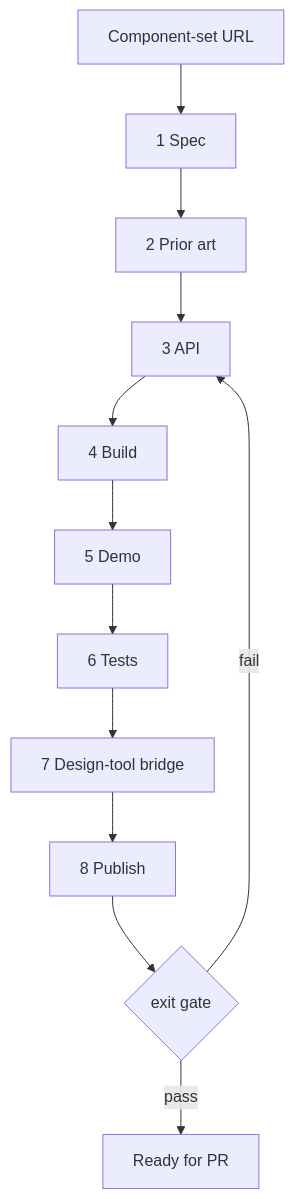
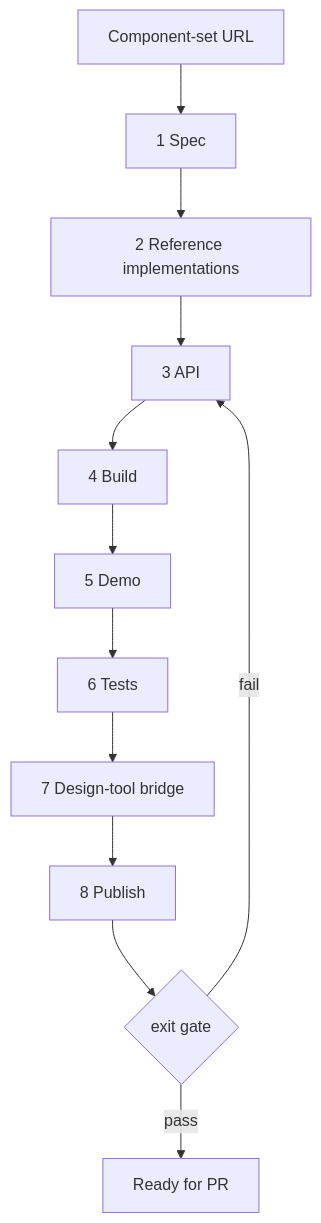
Before and after one commit to mckinsey/quantumblack-design-system: the diagram in .agents/skills/figma-to-react-code/SKILL.md, drawn with Mermaid. The commit also changed other lines of this file and 1 other file, not shown here.

First line of the commit message:
docs(skills): rename step 2 from prior art to reference implementations

````diff
--- a/.agents/skills/figma-to-react-code/SKILL.md
+++ b/.agents/skills/figma-to-react-code/SKILL.md
@@ -14,14 +14,14 @@
 ```mermaid
 flowchart TD
     A[Component-set URL] --> B[1 Spec]
-    B --> C[2 Prior art]
+    B --> C[2 Reference implementations]
     C --> D[3 API]
     D --> E[4 Build]
     E --> F[5 Demo]
     F --> G[6 Tests]
     G --> H[7 Design-tool bridge]
     H --> I[8 Publish]
     I --> J{exit gate}
     J -- fail --> D
     J -- pass --> K[Ready for PR]
 ```
````
